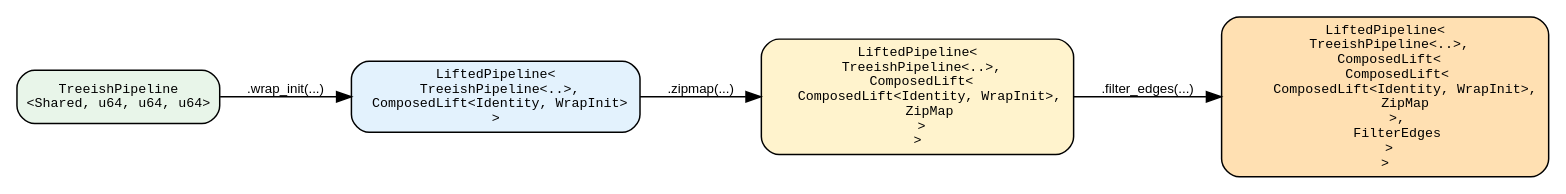
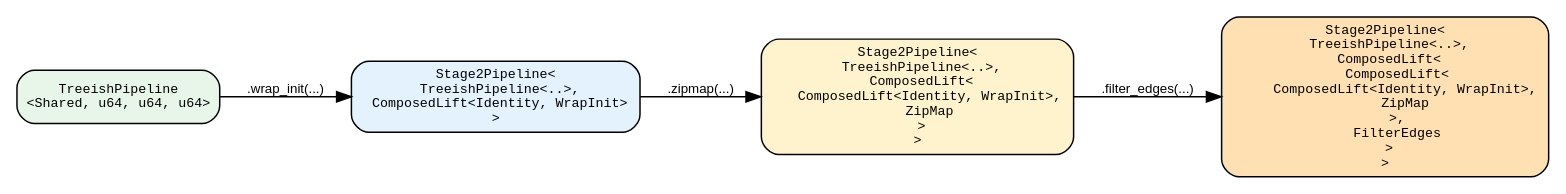
Before and after one commit to hylic-recursion/hylic-docs: the first of 2 diagrams in book/src/pipeline/lifted.md, drawn with Graphviz. The commit also changed other lines of this file and 12 other files, not shown here.

````diff
--- a/book/src/pipeline/lifted.md
+++ b/book/src/pipeline/lifted.md
@@ -26,16 +36,16 @@
 ```dot process
 digraph {
     rankdir=LR;
     node [shape=box, style="rounded,filled", fontname="monospace", fontsize=9];
     edge [fontname="sans-serif", fontsize=9];
 
     a [label="TreeishPipeline\n<Shared, u64, u64, u64>", fillcolor="#e8f5e9"];
-    b [label="LiftedPipeline<\n  TreeishPipeline<..>,\n  ComposedLift<Identity, WrapInit>\n>", fillcolor="#e3f2fd"];
-    c [label="LiftedPipeline<\n  TreeishPipeline<..>,\n  ComposedLift<\n    ComposedLift<Identity, WrapInit>,\n    ZipMap\n  >\n>", fillcolor="#fff3cd"];
-    d [label="LiftedPipeline<\n  TreeishPipeline<..>,\n  ComposedLift<\n    ComposedLift<\n      ComposedLift<Identity, WrapInit>,\n      ZipMap\n    >,\n    FilterEdges\n  >\n>", fillcolor="#ffe0b2"];
+    b [label="Stage2Pipeline<\n  TreeishPipeline<..>,\n  ComposedLift<Identity, WrapInit>\n>", fillcolor="#e3f2fd"];
+    c [label="Stage2Pipeline<\n  TreeishPipeline<..>,\n  ComposedLift<\n    ComposedLift<Identity, WrapInit>,\n    ZipMap\n  >\n>", fillcolor="#fff3cd"];
+    d [label="Stage2Pipeline<\n  TreeishPipeline<..>,\n  ComposedLift<\n    ComposedLift<\n      ComposedLift<Identity, WrapInit>,\n      ZipMap\n    >,\n    FilterEdges\n  >\n>", fillcolor="#ffe0b2"];
 
     a -> b [label=".wrap_init(...)"];
     b -> c [label=".zipmap(...)"];
     c -> d [label=".filter_edges(...)"];
 }
 ```
````
